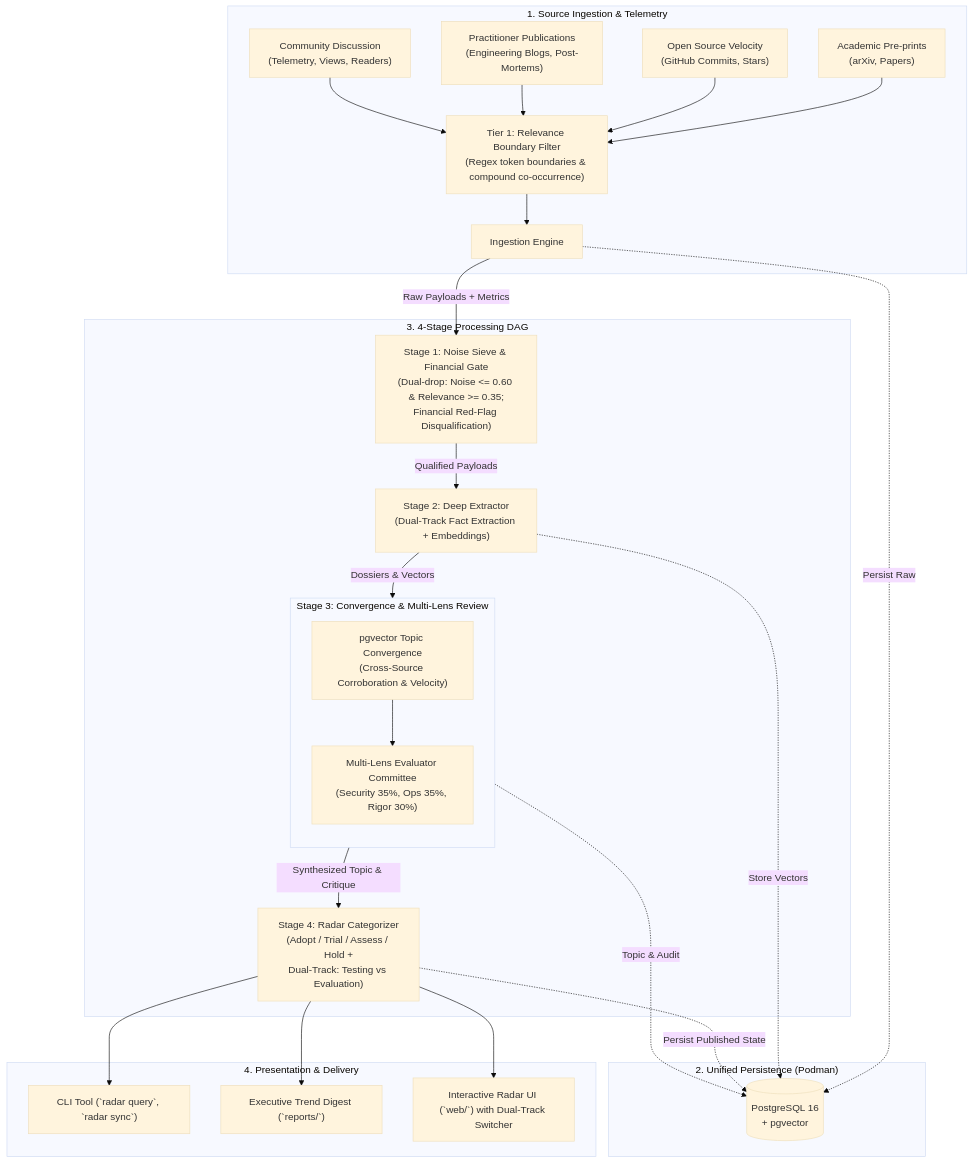
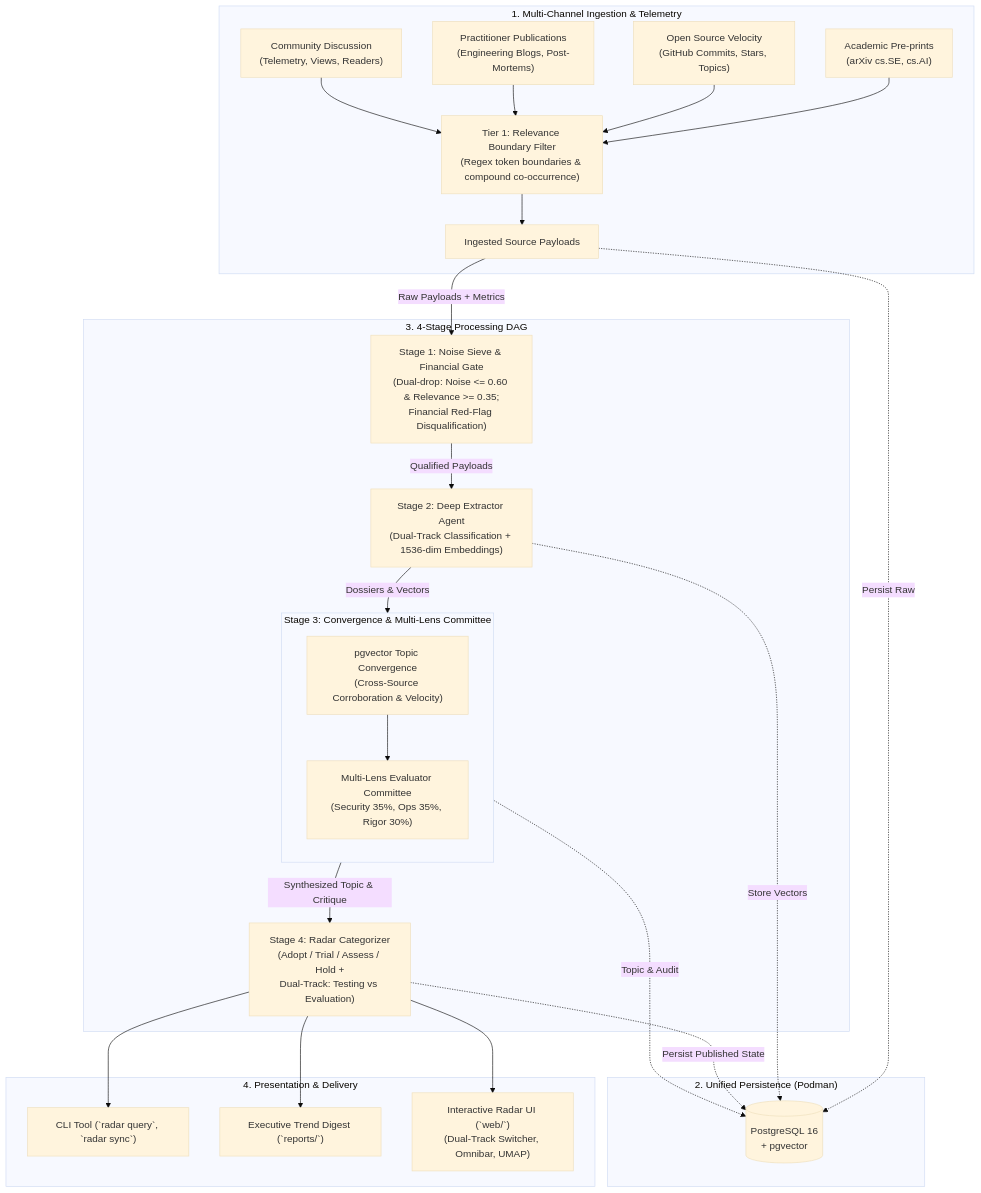
One commit to cdr74/trend_research changed the diagram in README.md. Above: the diagram before and after it, drawn with Mermaid (base theme). The commit also changed other lines of this file, not shown here.

Commit message:
docs(readme): rewrite README to explicitly articulate intent, dual-track architecture, and doc index (Ref: ADR-0021, Backlog M6)

````diff
--- a/README.md
+++ b/README.md
@@ -33,40 +75,40 @@
 ```mermaid
 flowchart TD
-    subgraph Ingestion ["1. Source Ingestion & Telemetry"]
-        A1["Academic Pre-prints\n(arXiv, Papers)"] --> FILT["Tier 1: Relevance Boundary Filter\n(Regex token boundaries & compound co-occurrence)"]
-        A2["Open Source Velocity\n(GitHub Commits, Stars)"] --> FILT
+    subgraph Ingestion ["1. Multi-Channel Ingestion & Telemetry"]
+        A1["Academic Pre-prints\n(arXiv cs.SE, cs.AI)"] --> FILT["Tier 1: Relevance Boundary Filter\n(Regex token boundaries & compound co-occurrence)"]
+        A2["Open Source Velocity\n(GitHub Commits, Stars, Topics)"] --> FILT
         A3["Practitioner Publications\n(Engineering Blogs, Post-Mortems)"] --> FILT
         A4["Community Discussion\n(Telemetry, Views, Readers)"] --> FILT
-        FILT --> ING["Ingestion Engine"]
+        FILT --> ING["Ingested Source Payloads"]
     end
 
     subgraph Storage ["2. Unified Persistence (Podman)"]
         DB[("PostgreSQL 16\n+ pgvector")]
     end
 
     subgraph Pipeline ["3. 4-Stage Processing DAG"]
         ING -->|"Raw Payloads + Metrics"| S1["Stage 1: Noise Sieve & Financial Gate\n(Dual-drop: Noise <= 0.60 & Relevance >= 0.35;\nFinancial Red-Flag Disqualification)"]
-        S1 -->|"Qualified Payloads"| S2["Stage 2: Deep Extractor\n(Dual-Track Fact Extraction + Embeddings)"]
+        S1 -->|"Qualified Payloads"| S2["Stage 2: Deep Extractor Agent\n(Dual-Track Classification + 1536-dim Embeddings)"]
         
-        subgraph S3 ["Stage 3: Convergence & Multi-Lens Review"]
+        subgraph S3 ["Stage 3: Convergence & Multi-Lens Committee"]
             direction TB
             CORR["pgvector Topic Convergence\n(Cross-Source Corroboration & Velocity)"]
             COMM["Multi-Lens Evaluator Committee\n(Security 35%, Ops 35%, Rigor 30%)"]
             CORR --> COMM
         end
 
         S2 -->|"Dossiers & Vectors"| S3
         S3 -->|"Synthesized Topic & Critique"| S4["Stage 4: Radar Categorizer\n(Adopt / Trial / Assess / Hold +\nDual-Track: Testing vs Evaluation)"]
     end
 
     ING -.->|"Persist Raw"| DB
     S2 -.->|"Store Vectors"| DB
     S3 -.->|"Topic & Audit"| DB
     S4 -.->|"Persist Published State"| DB
 
     subgraph Presentation ["4. Presentation & Delivery"]
         S4 --> CLI["CLI Tool (`radar query`, `radar sync`)"]
         S4 --> REP["Executive Trend Digest (`reports/`)"]
-        S4 --> WEB["Interactive Radar UI (`web/`) with Dual-Track Switcher"]
+        S4 --> WEB["Interactive Radar UI (`web/`)\n(Dual-Track Switcher, Omnibar, UMAP)"]
     end
 ```
````
